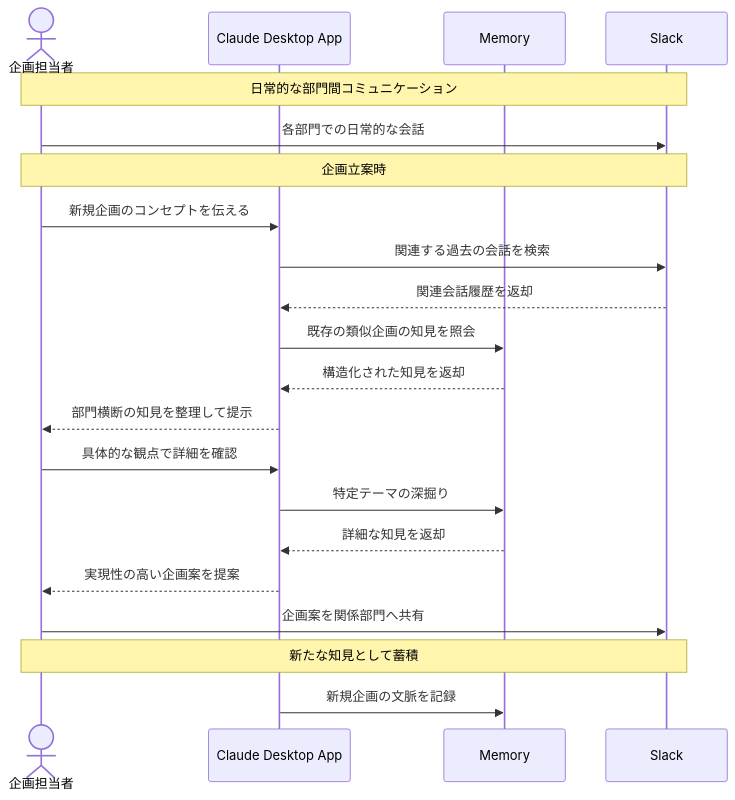
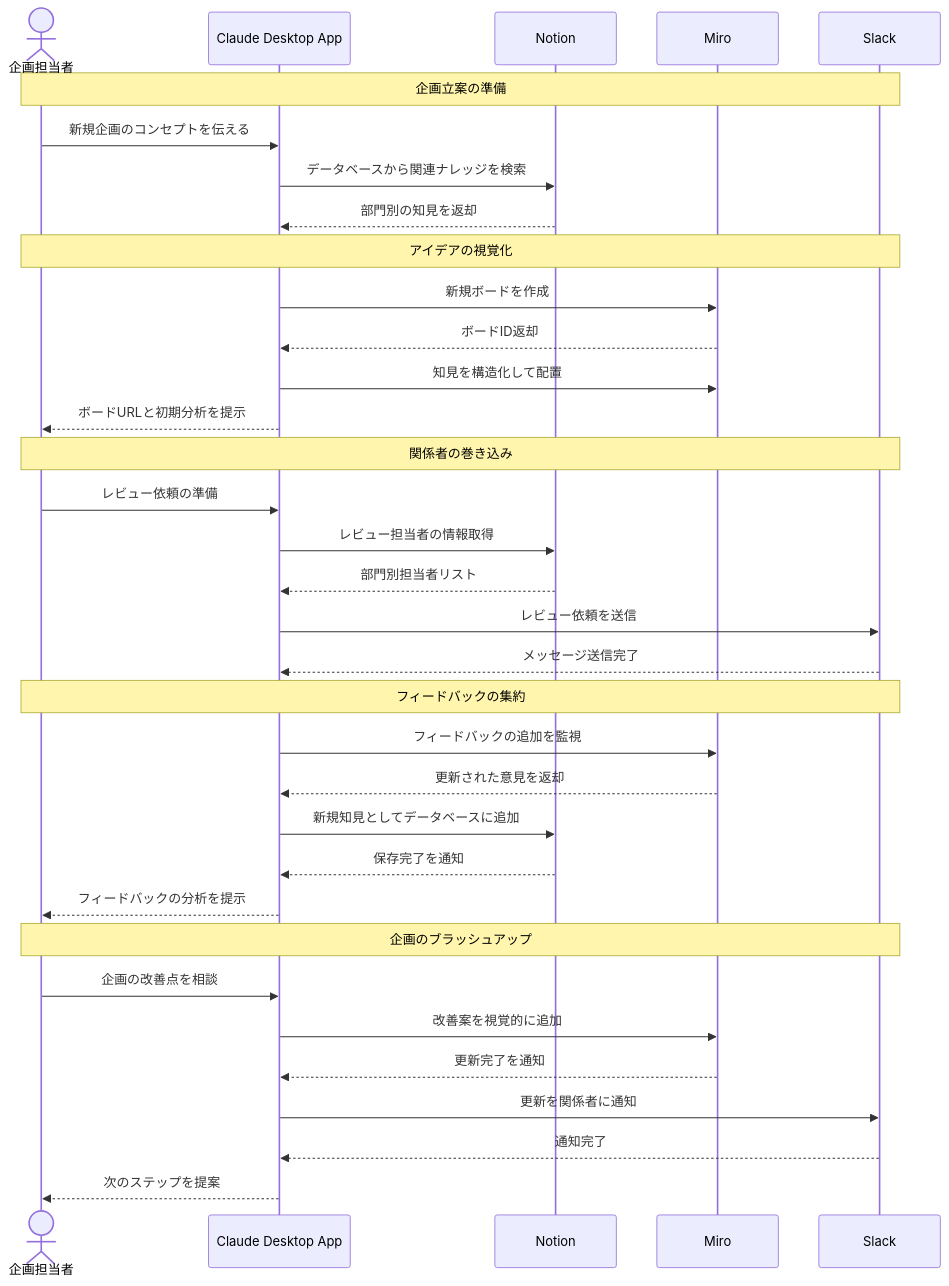
One commit to po-shu/mcp-100-ideas changed the diagram in docs/07_経営・企画/部門横断の暗黙知を企画立案に活用する.md. Above: the diagram before and after it, drawn with Mermaid. The commit also changed other lines of this file and 2 other files, not shown here.

Commit message:
docs: 07, 08 stop!! hallucination

````diff
--- a/docs/07_経営・企画/部門横断の暗黙知を企画立案に活用する.md
+++ b/docs/07_経営・企画/部門横断の暗黙知を企画立案に活用する.md
@@ -16,25 +17,41 @@
 ```mermaid
 sequenceDiagram
     actor User as 企画担当者
     participant Claude as Claude Desktop App
-    participant Memory
+    participant Notion
+    participant Miro
     participant Slack
     
-    Note over User,Slack: 日常的な部門間コミュニケーション
-    User->>Slack: 各部門での日常的な会話
+    Note over User,Slack: 企画立案の準備
+    User->>Claude: 新規企画のコンセプトを伝える
+    Claude->>Notion: データベースから関連ナレッジを検索
+    Notion-->>Claude: 部門別の知見を返却
     
-    Note over User,Slack: 企画立案時
-    User->>Claude: 新規企画のコンセプトを伝える
-    Claude->>Slack: 関連する過去の会話を検索
-    Slack-->>Claude: 関連会話履歴を返却
-    Claude->>Memory: 既存の類似企画の知見を照会
-    Memory-->>Claude: 構造化された知見を返却
-    Claude-->>User: 部門横断の知見を整理して提示
-    User->>Claude: 具体的な観点で詳細を確認
-    Claude->>Memory: 特定テーマの深掘り
-    Memory-->>Claude: 詳細な知見を返却
-    Claude-->>User: 実現性の高い企画案を提案
-    User->>Slack: 企画案を関係部門へ共有
-    Note over User,Slack: 新たな知見として蓄積
-    Claude->>Memory: 新規企画の文脈を記録
+    Note over User,Slack: アイデアの視覚化
+    Claude->>Miro: 新規ボードを作成
+    Miro-->>Claude: ボードID返却
+    Claude->>Miro: 知見を構造化して配置
+    Claude-->>User: ボードURLと初期分析を提示
+    
+    Note over User,Slack: 関係者の巻き込み
+    User->>Claude: レビュー依頼の準備
+    Claude->>Notion: レビュー担当者の情報取得
+    Notion-->>Claude: 部門別担当者リスト
+    Claude->>Slack: レビュー依頼を送信
+    Slack-->>Claude: メッセージ送信完了
+    
+    Note over User,Slack: フィードバックの集約
+    Claude->>Miro: フィードバックの追加を監視
+    Miro-->>Claude: 更新された意見を返却
+    Claude->>Notion: 新規知見としてデータベースに追加
+    Notion-->>Claude: 保存完了を通知
+    Claude-->>User: フィードバックの分析を提示
+    
+    Note over User,Slack: 企画のブラッシュアップ
+    User->>Claude: 企画の改善点を相談
+    Claude->>Miro: 改善案を視覚的に追加
+    Miro-->>Claude: 更新完了を通知
+    Claude->>Slack: 更新を関係者に通知
+    Slack-->>Claude: 通知完了
+    Claude-->>User: 次のステップを提案
 ```
````
